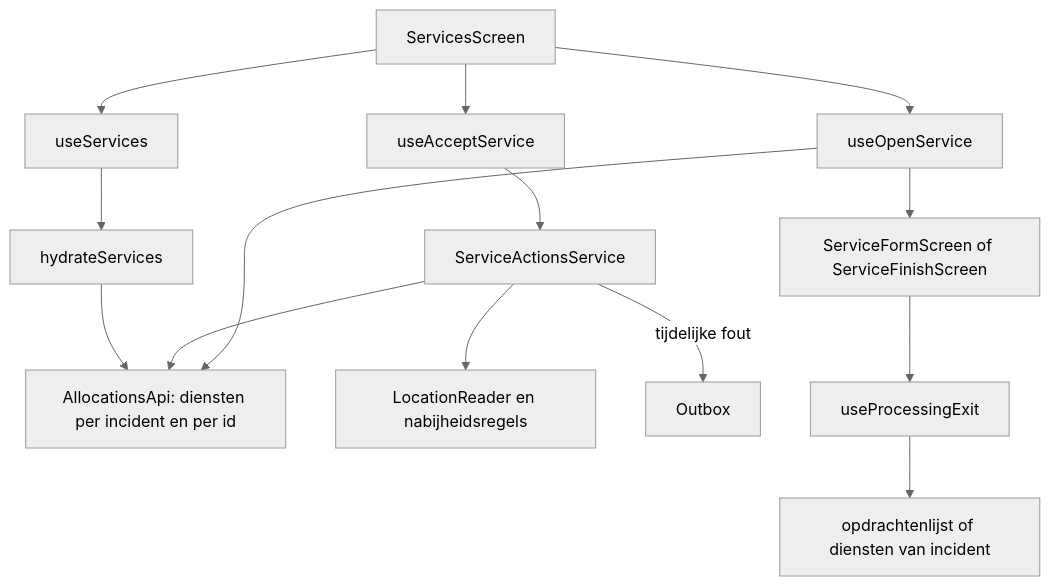
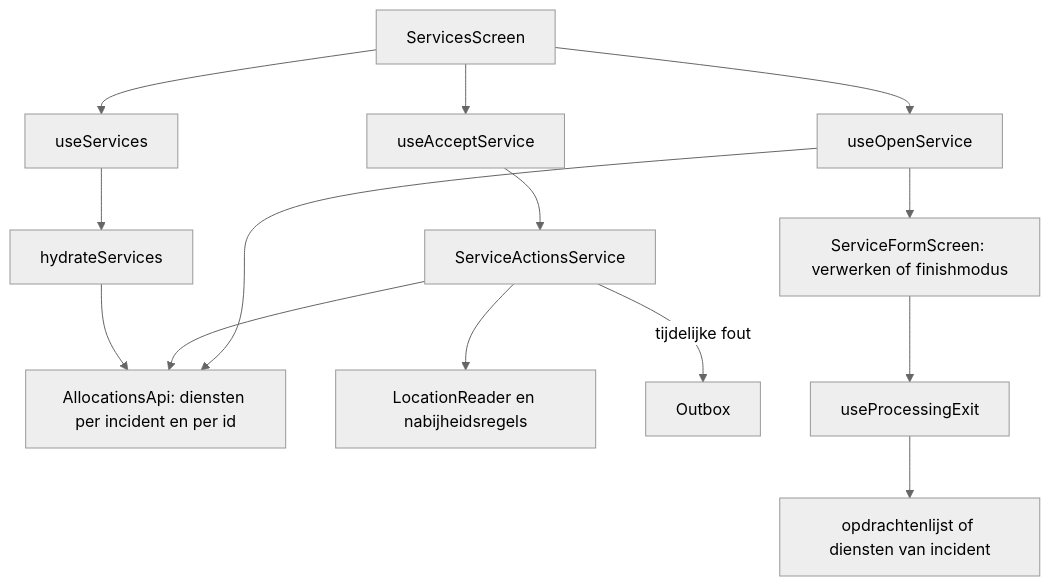
One commit to crfarber/vaneijck-berger-app changed the diagram in docs/wiki/diensten.md. Above: the diagram before and after it, drawn with Mermaid (neutral theme). The commit also changed other lines of this file and 75 other files, not shown here.

````diff
--- a/docs/wiki/diensten.md
+++ b/docs/wiki/diensten.md
@@ -15,16 +15,16 @@
 ```mermaid
 flowchart TD
   A[ServicesScreen] --> B[useServices]
   B --> C[hydrateServices]
   C --> D[AllocationsApi: diensten per incident en per id]
   A --> E[useAcceptService]
   E --> F[ServiceActionsService]
   F --> G[LocationReader en nabijheidsregels]
   F --> D
   F -->|tijdelijke fout| H[Outbox]
   A --> I[useOpenService]
   I --> D
-  I --> J[ServiceFormScreen of ServiceFinishScreen]
+  I --> J[ServiceFormScreen: verwerken of finishmodus]
   J --> K[useProcessingExit]
   K --> L[opdrachtenlijst of diensten van incident]
 ```
````
